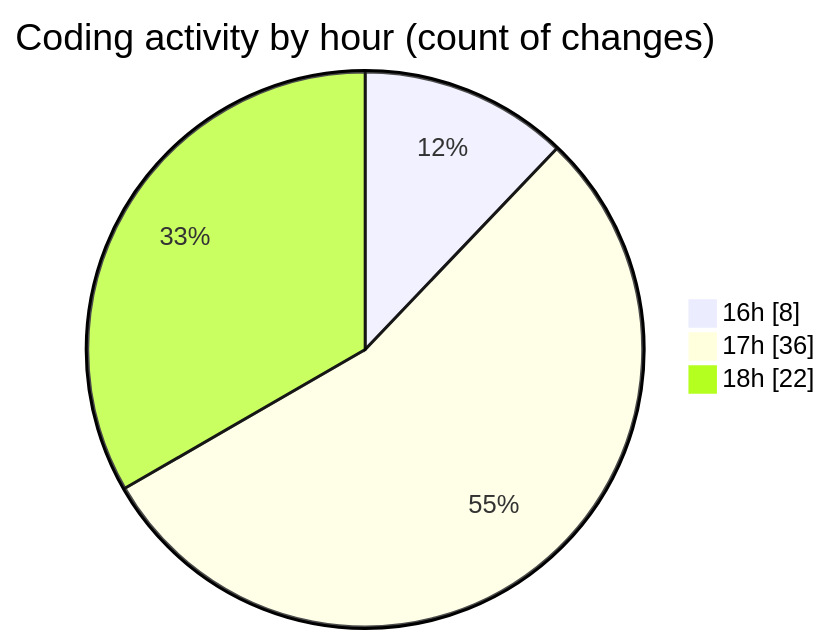
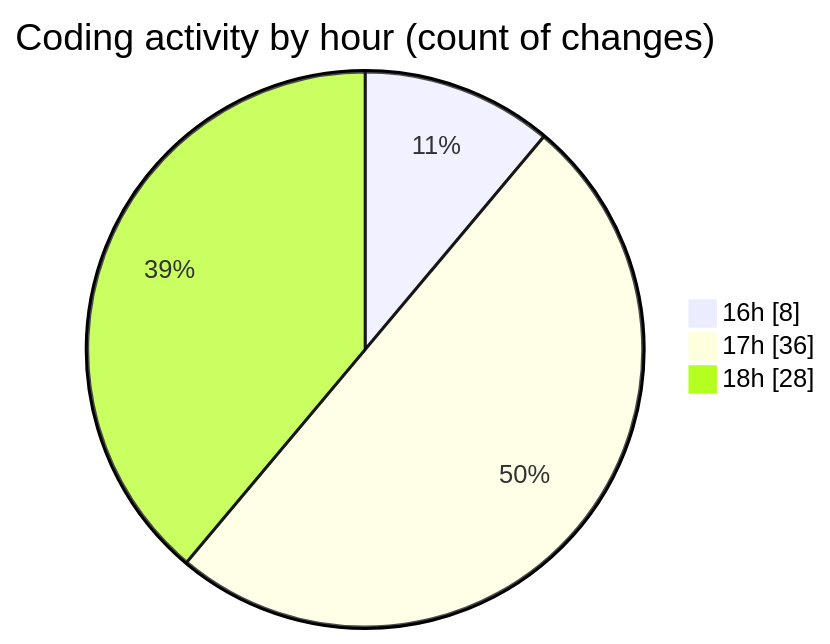
The second of 2 diagrams in 2025-01-08/mbc-web/README.md (robertbonfada/code-tracking), drawn with Mermaid before and after one commit. The commit also changed other lines of this file and 1 other file, not shown here.

````diff
--- a/2025-01-08/mbc-web/README.md
+++ b/2025-01-08/mbc-web/README.md
@@ -44,7 +44,7 @@
 ```mermaid
 pie showData
 title Coding activity by hour (count of changes)
 "16h" : 8
 "17h" : 36
-"18h" : 22
+"18h" : 28
 ```
````
